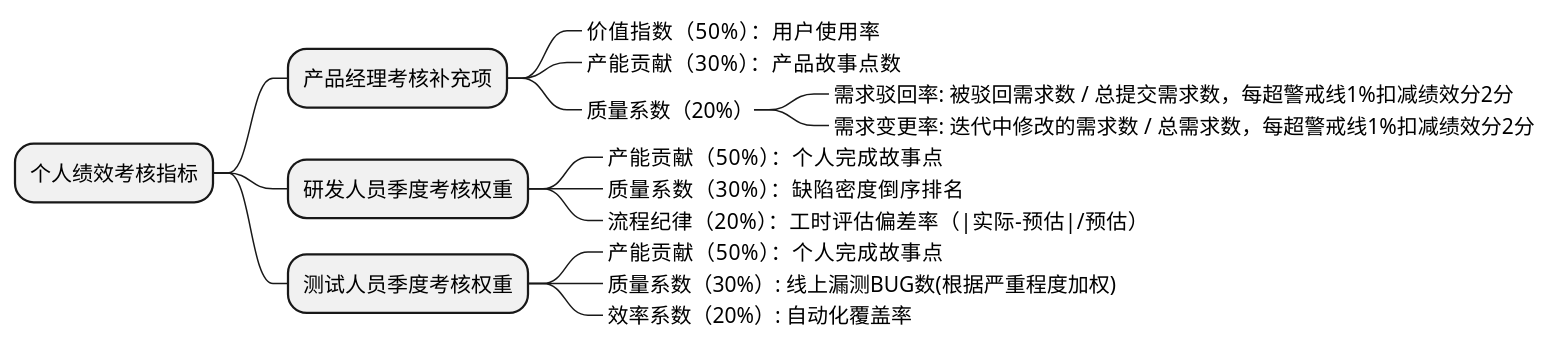
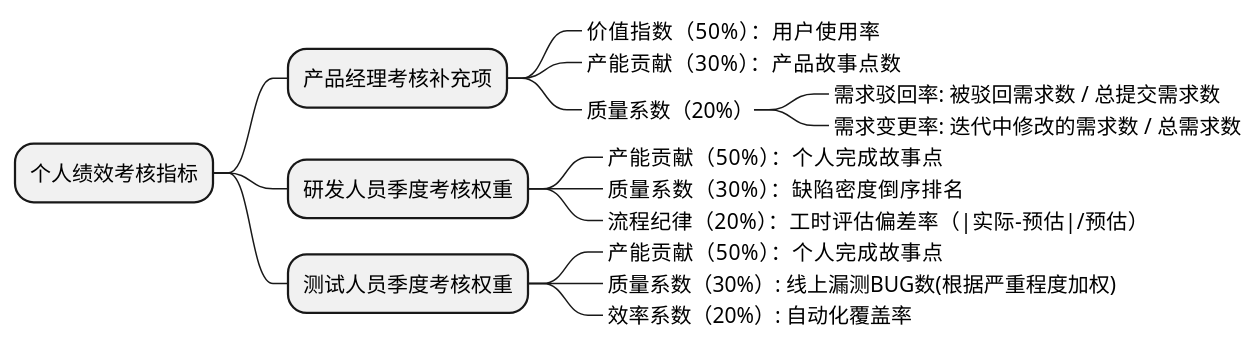
The second of 2 diagrams in source/_posts/business/scrum.md (holmofy/blog.hufeifei.cn), drawn with PlantUML before and after one commit. The commit also changed other lines of this file, not shown here.

````diff
--- a/source/_posts/business/scrum.md
+++ b/source/_posts/business/scrum.md
@@ -171,19 +172,19 @@
 ```plantuml
 @startmindmap
 * 个人绩效考核指标
 ** 产品经理考核补充项
 ***_ 价值指数（50%）：用户使用率
 ***_ 产能贡献（30%）：产品故事点数
 ***_ 质量系数（20%）
-****_ 需求驳回率: 被驳回需求数 / 总提交需求数，每超警戒线1%扣减绩效分2分
-****_ 需求变更率: 迭代中修改的需求数 / 总需求数，每超警戒线1%扣减绩效分2分
+****_ 需求驳回率: 被驳回需求数 / 总提交需求数
+****_ 需求变更率: 迭代中修改的需求数 / 总需求数
 ** 研发人员季度考核权重
 ***_ 产能贡献（50%）：个人完成故事点
 ***_ 质量系数（30%）：缺陷密度倒序排名
 ***_ 流程纪律（20%）：工时评估偏差率（|实际-预估|/预估）
 ** 测试人员季度考核权重
 ***_ 产能贡献（50%）：个人完成故事点
 ***_ 质量系数（30%）: 线上漏测BUG数(根据严重程度加权)
 ***_ 效率系数（20%）: 自动化覆盖率
 @endmindmap
 ```
````
